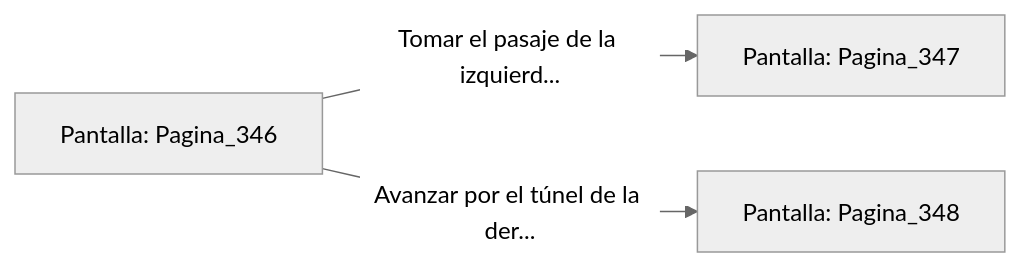
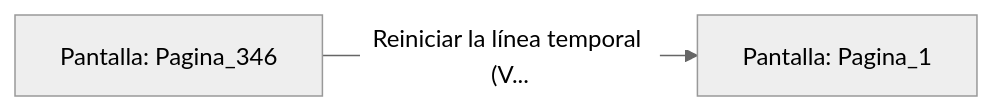
Before and after one commit to metsuke/mpl: the diagram in sample/eligejuego-vault/Pantalla_Pagina_346.md, drawn with Mermaid (neutral theme). The commit also changed other lines of this file and 635 other files, not shown here.

First line of the commit message:
fix: añadir Pagina_1 como pantalla inicial en capitulo_01.mpl

````diff
--- a/sample/eligejuego-vault/Pantalla_Pagina_346.md
+++ b/sample/eligejuego-vault/Pantalla_Pagina_346.md
@@ -20,6 +17,5 @@
 ```mermaid
 graph LR
     P_Pagina_346["Pantalla: Pagina_346"]
-    P_Pagina_346 -->|"Tomar el pasaje de la izquierd..."| P_Pagina_347["Pantalla: Pagina_347"]
-    P_Pagina_346 -->|"Avanzar por el túnel de la der..."| P_Pagina_348["Pantalla: Pagina_348"]
+    P_Pagina_346 -->|"Reiniciar la línea temporal (V..."| P_Pagina_1["Pantalla: Pagina_1"]
 ```
````
